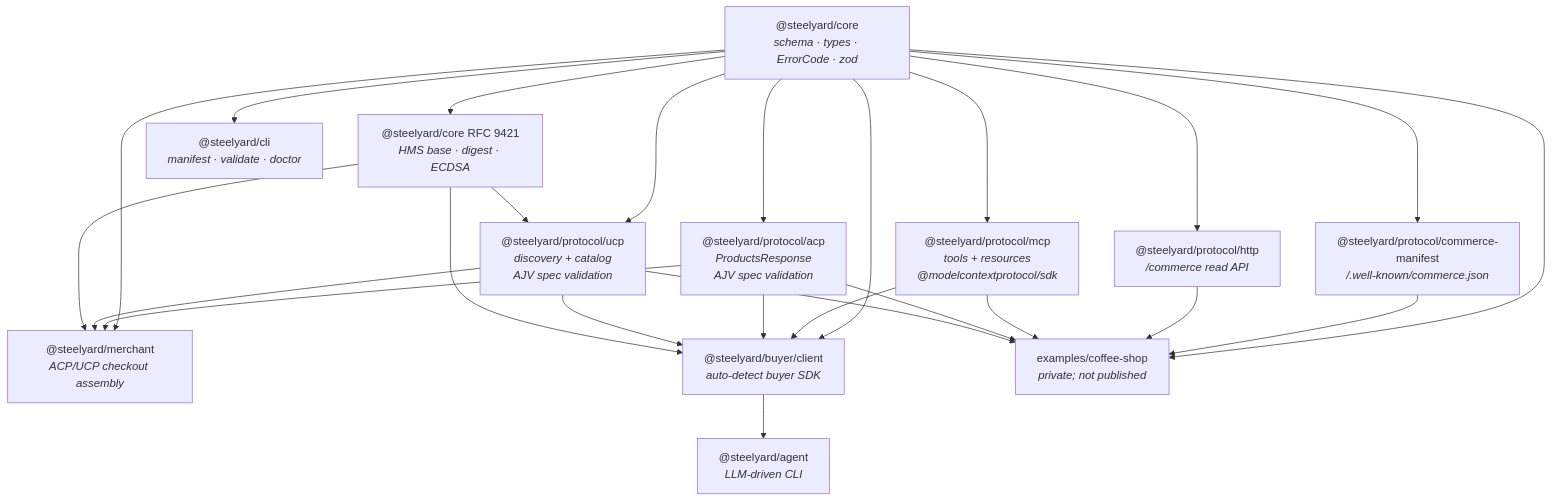
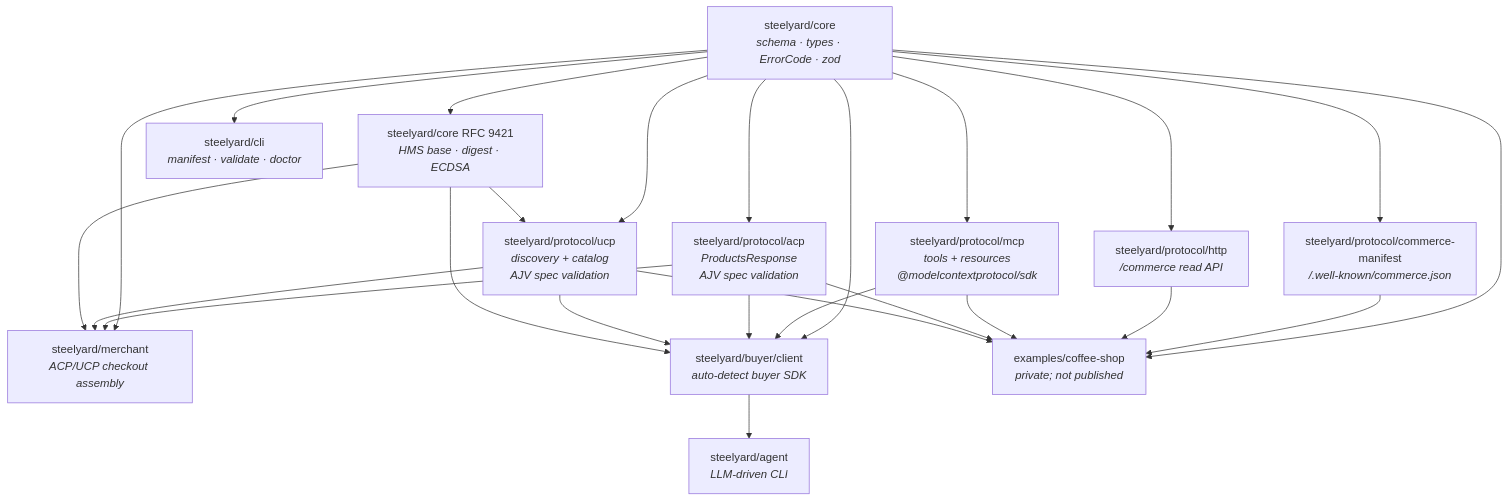
The first of 3 diagrams in docs/architecture.md (steelyard-dev/steelyard-sdk), drawn with Mermaid before and after one commit. The commit also changed other lines of this file and 277 other files, not shown here.

````diff
--- a/docs/architecture.md
+++ b/docs/architecture.md
@@ -5,40 +5,40 @@
 ```mermaid
 graph TD
-  core["@steelyard/core<br/><i>schema · types · ErrorCode · zod</i>"]
-  cm["@steelyard/protocol/commerce-manifest<br/><i>/.well-known/commerce.json</i>"]
-  http["@steelyard/protocol/http<br/><i>/commerce read API</i>"]
-  mcp["@steelyard/protocol/mcp<br/><i>tools + resources<br/>@modelcontextprotocol/sdk</i>"]
-  acp["@steelyard/protocol/acp<br/><i>ProductsResponse<br/>AJV spec validation</i>"]
-  ucp["@steelyard/protocol/ucp<br/><i>discovery + catalog<br/>AJV spec validation</i>"]
-  hms["@steelyard/core RFC 9421<br/><i>HMS base · digest · ECDSA</i>"]
-  merchant["@steelyard/merchant<br/><i>ACP/UCP checkout assembly</i>"]
-  client["@steelyard/buyer/client<br/><i>auto-detect buyer SDK</i>"]
-  agent["@steelyard/agent<br/><i>LLM-driven CLI</i>"]
-  cli["@steelyard/cli<br/><i>manifest · validate · doctor</i>"]
+  core["steelyard/core<br/><i>schema · types · ErrorCode · zod</i>"]
+  cm["steelyard/protocol/commerce-manifest<br/><i>/.well-known/commerce.json</i>"]
+  http["steelyard/protocol/http<br/><i>/commerce read API</i>"]
+  mcp["steelyard/protocol/mcp<br/><i>tools + resources<br/>@modelcontextprotocol/sdk</i>"]
+  acp["steelyard/protocol/acp<br/><i>ProductsResponse<br/>AJV spec validation</i>"]
+  ucp["steelyard/protocol/ucp<br/><i>discovery + catalog<br/>AJV spec validation</i>"]
+  hms["steelyard/core RFC 9421<br/><i>HMS base · digest · ECDSA</i>"]
+  merchant["steelyard/merchant<br/><i>ACP/UCP checkout assembly</i>"]
+  client["steelyard/buyer/client<br/><i>auto-detect buyer SDK</i>"]
+  agent["steelyard/agent<br/><i>LLM-driven CLI</i>"]
+  cli["steelyard/cli<br/><i>manifest · validate · doctor</i>"]
   example["examples/coffee-shop<br/><i>private; not published</i>"]
 
   core --> cm
   core --> http
   core --> mcp
   core --> acp
   core --> ucp
   core --> hms
   core --> client
   core --> merchant
   core --> cli
   acp --> merchant
   ucp --> merchant
   mcp --> client
   acp --> client
   ucp --> client
   hms --> ucp
   hms --> merchant
   hms --> client
   client --> agent
   core --> example
   cm --> example
   http --> example
   mcp --> example
   acp --> example
   ucp --> example
 ```
````
